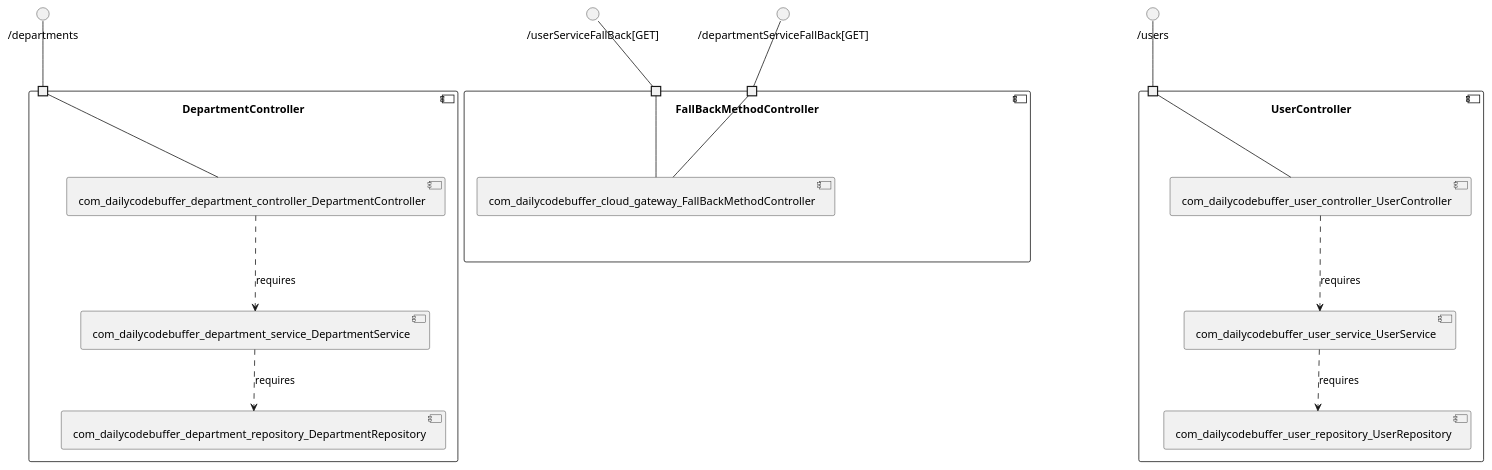
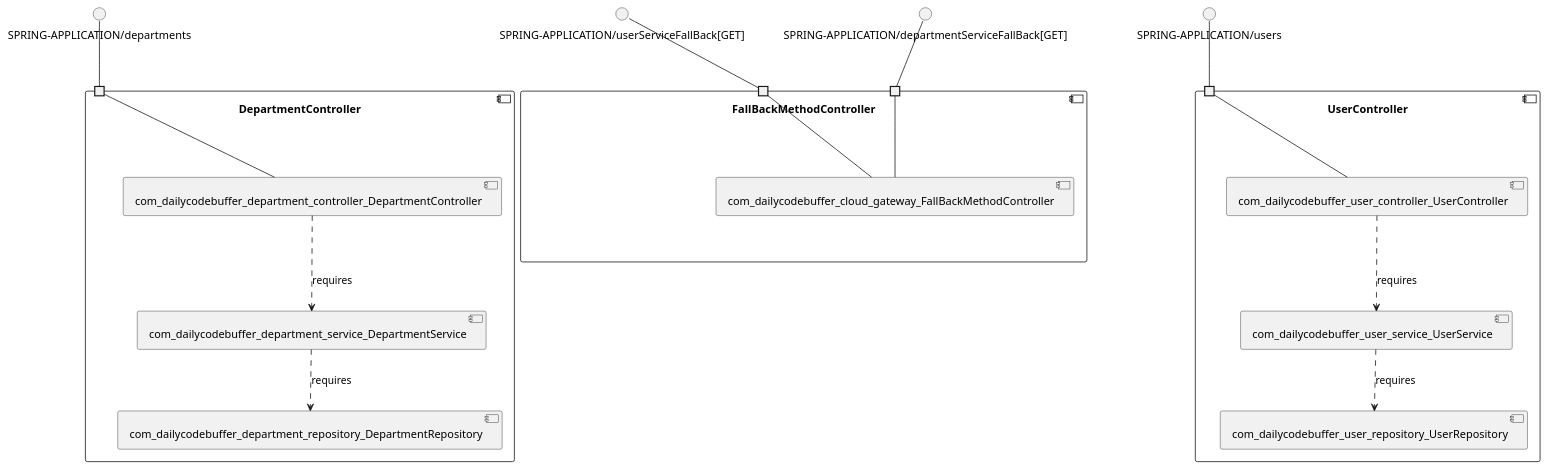
One commit to View-Based-Reverse-Engineering/Retriever-Benchmark changed the diagram in shabbirdwd53-springboot-microservice/model_re/uml/componentDiagram.puml. Above: the diagram before and after it, drawn with PlantUML. The commit also changed 167 other files, not shown here.

```diff
--- a/shabbirdwd53-springboot-microservice/model_re/uml/componentDiagram.puml
+++ b/shabbirdwd53-springboot-microservice/model_re/uml/componentDiagram.puml
@@ -1,37 +1,37 @@
 @startuml
 skinparam fixCircleLabelOverlapping true
 component "DepartmentController\n\n\n\n\n\n" {
+[com_dailycodebuffer_department_repository_DepartmentRepository]
+[com_dailycodebuffer_department_service_DepartmentService]
 [com_dailycodebuffer_department_controller_DepartmentController]
-[com_dailycodebuffer_department_service_DepartmentService]
-[com_dailycodebuffer_department_repository_DepartmentRepository]
-portin " " as DepartmentController.requires._departments
+portin " " as DepartmentController.requires.SPRING_APPLICATION_departments
 [com_dailycodebuffer_department_controller_DepartmentController]..>[com_dailycodebuffer_department_service_DepartmentService] : requires
 [com_dailycodebuffer_department_service_DepartmentService]..>[com_dailycodebuffer_department_repository_DepartmentRepository] : requires
-"DepartmentController.requires._departments"--[com_dailycodebuffer_department_controller_DepartmentController]
+"DepartmentController.requires.SPRING_APPLICATION_departments"--[com_dailycodebuffer_department_controller_DepartmentController]
 }
-interface "/departments" as interface._departments
-interface._departments--"DepartmentController.requires._departments"
+interface "SPRING-APPLICATION/departments" as interface.SPRING_APPLICATION_departments
+interface.SPRING_APPLICATION_departments--"DepartmentController.requires.SPRING_APPLICATION_departments"
 component "FallBackMethodController\n\n\n\n\n\n" {
 [com_dailycodebuffer_cloud_gateway_FallBackMethodController]
-portin " " as FallBackMethodController.requires._userServiceFallBack_GET_
-portin " " as FallBackMethodController.requires._departmentServiceFallBack_GET_
-"FallBackMethodController.requires._userServiceFallBack_GET_"--[com_dailycodebuffer_cloud_gateway_FallBackMethodController]
-"FallBackMethodController.requires._departmentServiceFallBack_GET_"--[com_dailycodebuffer_cloud_gateway_FallBackMethodController]
+portin " " as FallBackMethodController.requires.SPRING_APPLICATION_departmentServiceFallBack_GET_
+portin " " as FallBackMethodController.requires.SPRING_APPLICATION_userServiceFallBack_GET_
+"FallBackMethodController.requires.SPRING_APPLICATION_userServiceFallBack_GET_"--[com_dailycodebuffer_cloud_gateway_FallBackMethodController]
+"FallBackMethodController.requires.SPRING_APPLICATION_departmentServiceFallBack_GET_"--[com_dailycodebuffer_cloud_gateway_FallBackMethodController]
 }
-interface "/userServiceFallBack[GET]" as interface._userServiceFallBack_GET_
-interface._userServiceFallBack_GET_--"FallBackMethodController.requires._userServiceFallBack_GET_"
-interface "/departmentServiceFallBack[GET]" as interface._departmentServiceFallBack_GET_
-interface._departmentServiceFallBack_GET_--"FallBackMethodController.requires._departmentServiceFallBack_GET_"
+interface "SPRING-APPLICATION/userServiceFallBack[GET]" as interface.SPRING_APPLICATION_userServiceFallBack_GET_
+interface.SPRING_APPLICATION_userServiceFallBack_GET_--"FallBackMethodController.requires.SPRING_APPLICATION_userServiceFallBack_GET_"
+interface "SPRING-APPLICATION/departmentServiceFallBack[GET]" as interface.SPRING_APPLICATION_departmentServiceFallBack_GET_
+interface.SPRING_APPLICATION_departmentServiceFallBack_GET_--"FallBackMethodController.requires.SPRING_APPLICATION_departmentServiceFallBack_GET_"
 component "UserController\n\n\n\n\n\n" {
-[com_dailycodebuffer_user_repository_UserRepository]
 [com_dailycodebuffer_user_controller_UserController]
 [com_dailycodebuffer_user_service_UserService]
-portin " " as UserController.requires._users
+[com_dailycodebuffer_user_repository_UserRepository]
+portin " " as UserController.requires.SPRING_APPLICATION_users
+[com_dailycodebuffer_user_service_UserService]..>[com_dailycodebuffer_user_repository_UserRepository] : requires
 [com_dailycodebuffer_user_controller_UserController]..>[com_dailycodebuffer_user_service_UserService] : requires
-[com_dailycodebuffer_user_service_UserService]..>[com_dailycodebuffer_user_repository_UserRepository] : requires
-"UserController.requires._users"--[com_dailycodebuffer_user_controller_UserController]
+"UserController.requires.SPRING_APPLICATION_users"--[com_dailycodebuffer_user_controller_UserController]
 }
-interface "/users" as interface._users
-interface._users--"UserController.requires._users"
+interface "SPRING-APPLICATION/users" as interface.SPRING_APPLICATION_users
+interface.SPRING_APPLICATION_users--"UserController.requires.SPRING_APPLICATION_users"
 
 @enduml
```
